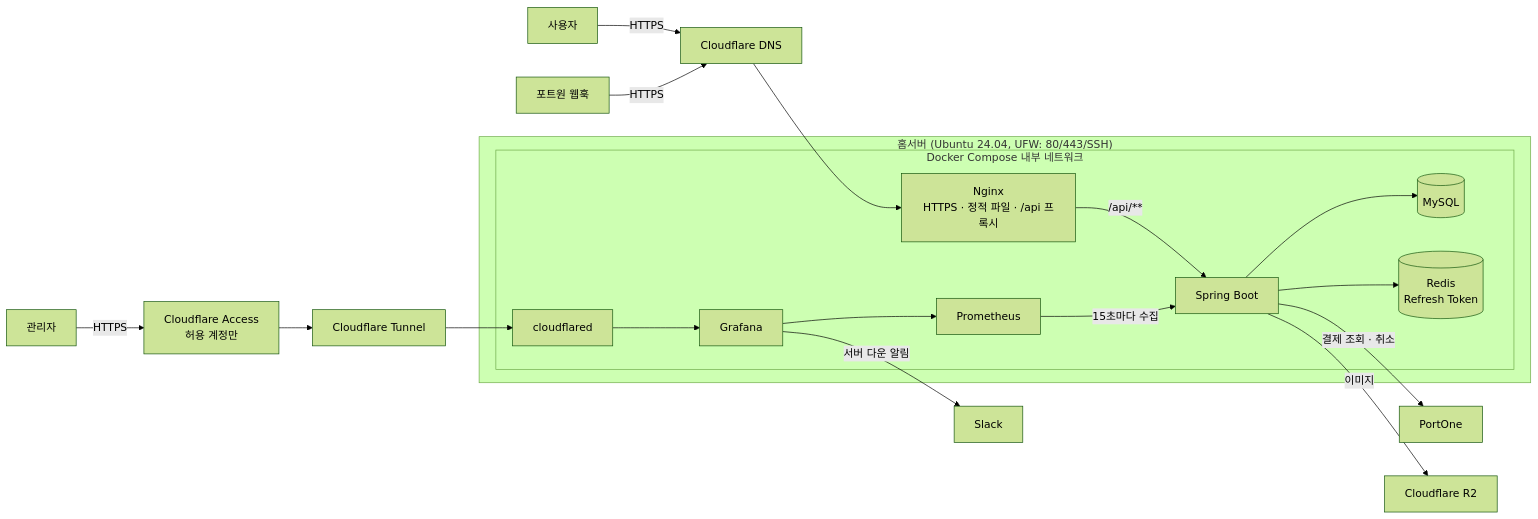
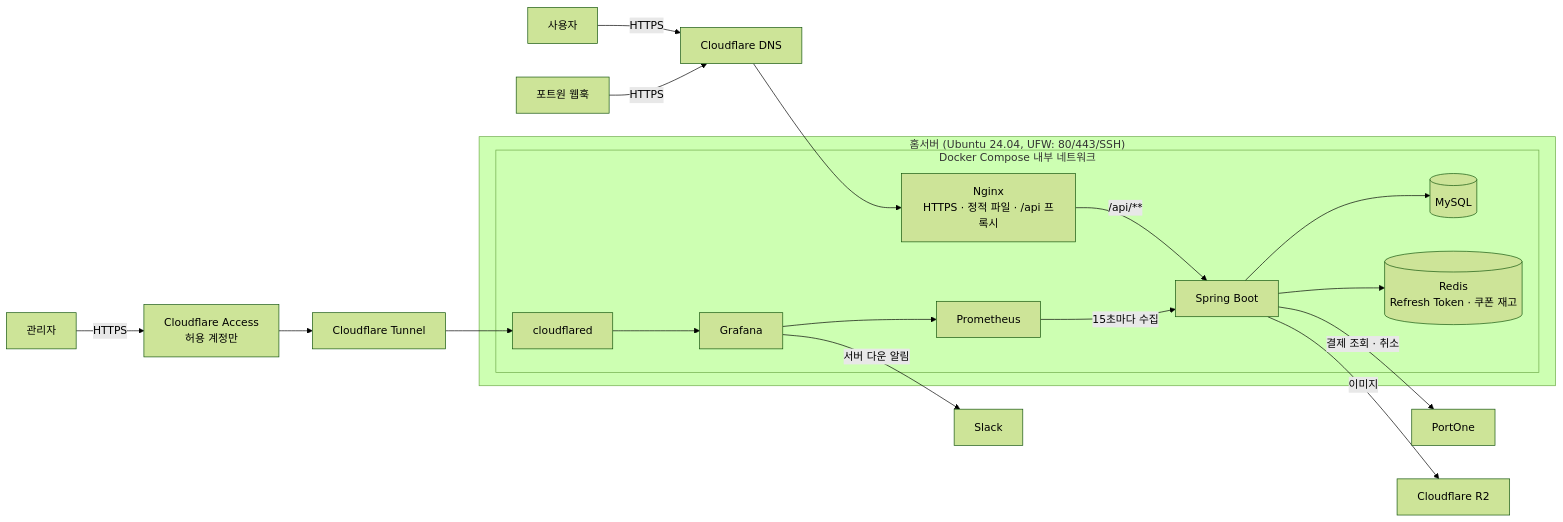
One commit to junghun92/baseshop changed the first of 3 diagrams in README.md. Above: the diagram before and after it, drawn with Mermaid (forest theme). The commit also changed other lines of this file, not shown here.

````diff
--- a/README.md
+++ b/README.md
@@ -37,28 +38,28 @@
 ```mermaid
 flowchart LR
     U["사용자"] -->|"HTTPS"| CF["Cloudflare DNS"]
     PO["포트원 웹훅"] -->|"HTTPS"| CF
     CF --> N
     ADM["관리자"] -->|"HTTPS"| ACC["Cloudflare Access<br>허용 계정만"]
     ACC --> TUN["Cloudflare Tunnel"]
     subgraph S["홈서버 (Ubuntu 24.04, UFW: 80/443/SSH)"]
         subgraph D["Docker Compose 내부 네트워크"]
             N["Nginx<br>HTTPS · 정적 파일 · /api 프록시"]
             SP["Spring Boot"]
             DB[("MySQL")]
-            RD[("Redis<br>Refresh Token")]
+            RD[("Redis<br>Refresh Token · 쿠폰 재고")]
             PR["Prometheus"]
             GF["Grafana"]
             CFD["cloudflared"]
         end
     end
     N -->|"/api/**"| SP
     SP --> DB
     SP --> RD
     PR -->|"15초마다 수집"| SP
     GF --> PR
     TUN --> CFD --> GF
     GF -->|"서버 다운 알림"| SL["Slack"]
     SP -->|"결제 조회 · 취소"| PG["PortOne"]
     SP -->|"이미지"| R2["Cloudflare R2"]
 ```
````
